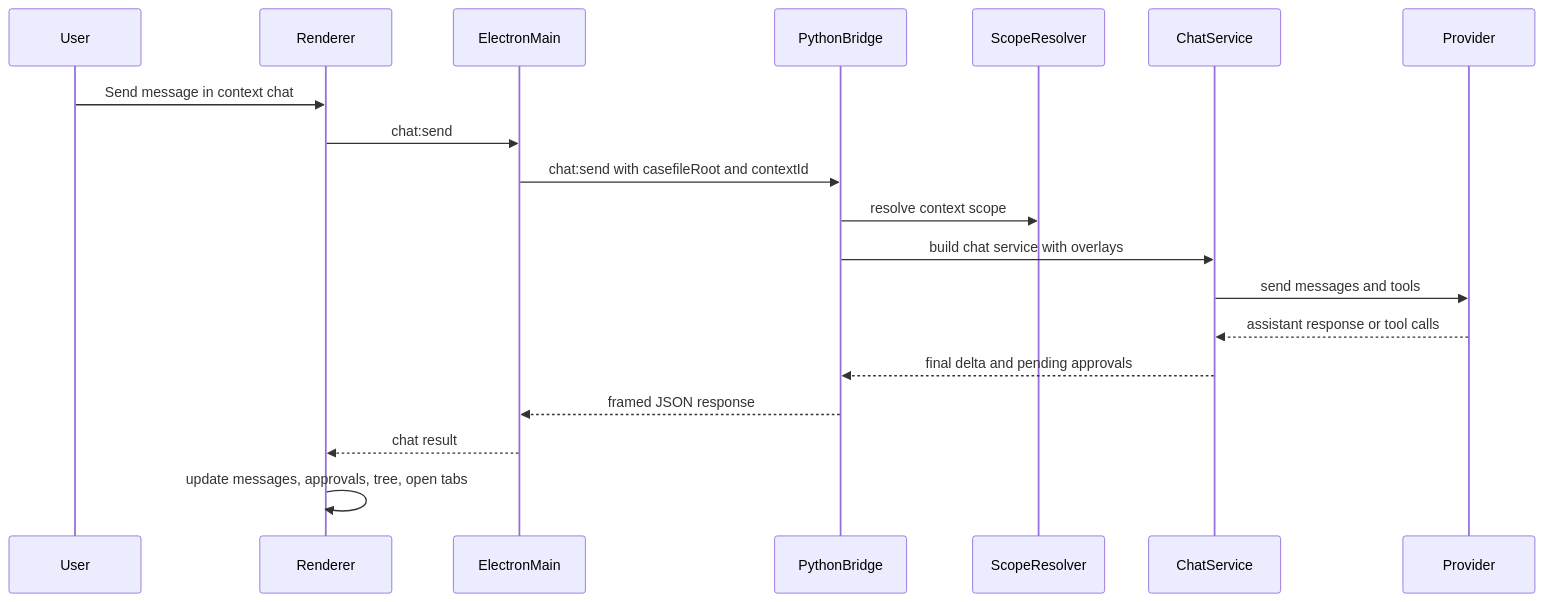
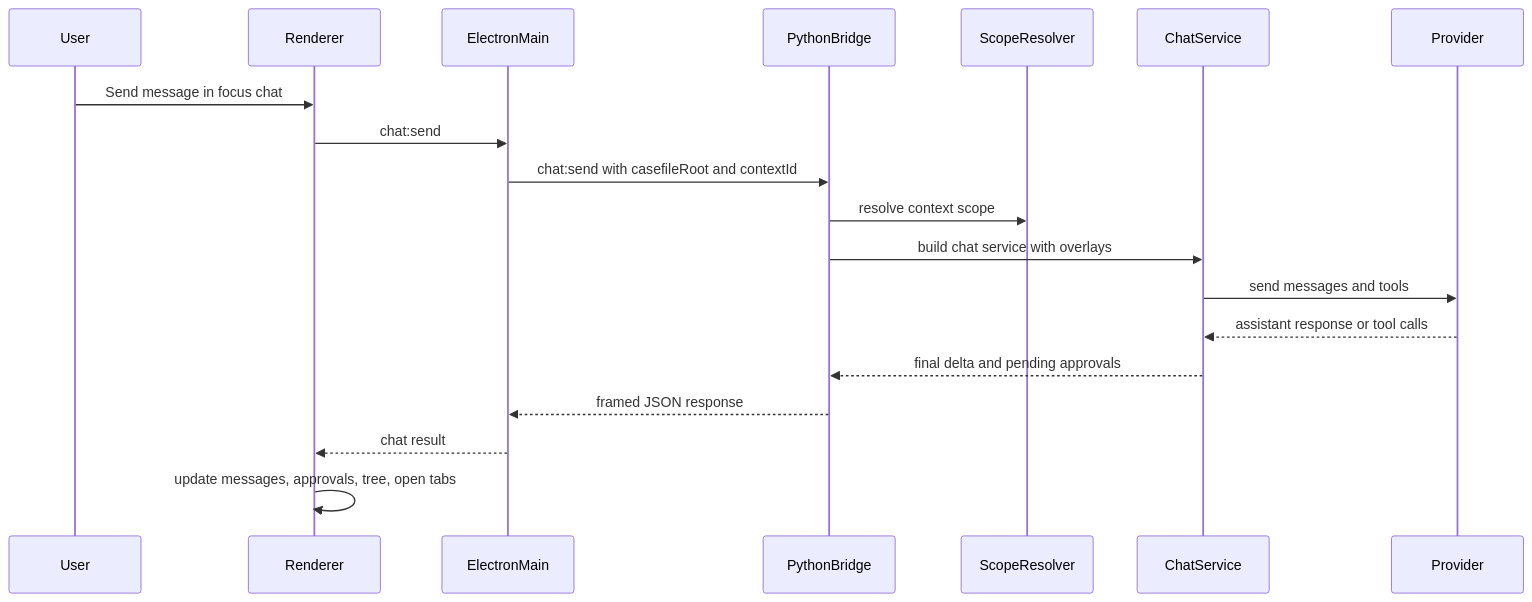
The diagram in docs/architecture/runtime-flows.md (krisleighmiller/DeskAssist), drawn with Mermaid before and after one commit. The commit also changed other lines of this file and 10 other files, not shown here.

````diff
--- a/docs/architecture/runtime-flows.md
+++ b/docs/architecture/runtime-flows.md
@@ -68,22 +68,22 @@
 ```mermaid
 sequenceDiagram
   participant User
   participant Renderer
   participant Main as ElectronMain
   participant Bridge as PythonBridge
   participant Scope as ScopeResolver
   participant Chat as ChatService
   participant Provider
 
-  User->>Renderer: Send message in context chat
+  User->>Renderer: Send message in focus chat
   Renderer->>Main: chat:send
   Main->>Bridge: chat:send with casefileRoot and contextId
   Bridge->>Scope: resolve context scope
   Bridge->>Chat: build chat service with overlays
   Chat->>Provider: send messages and tools
   Provider-->>Chat: assistant response or tool calls
   Chat-->>Bridge: final delta and pending approvals
   Bridge-->>Main: framed JSON response
   Main-->>Renderer: chat result
   Renderer->>Renderer: update messages, approvals, tree, open tabs
 ```
````
